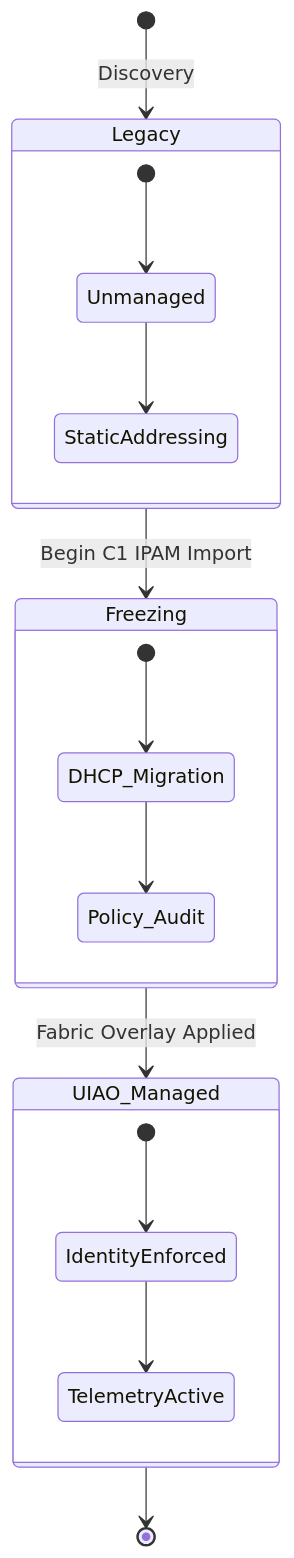
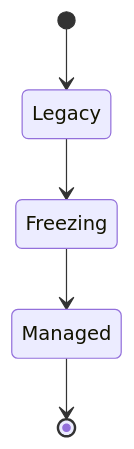
The sixth of 12 diagrams in diagram-review.md (WhalerMike/uiao), drawn with Mermaid before and after one commit. The commit also changed other lines of this file, not shown here.

Commit message:
Simplify all 12 Mermaid diagrams to vanilla syntax for GitHub compatibility

````diff
--- a/diagram-review.md
+++ b/diagram-review.md
@@ -142,19 +81,7 @@
 ```mermaid
 stateDiagram-v2
-  [*] --> Legacy: Discovery
-  state Legacy {
-    [*] --> Unmanaged
-    Unmanaged --> StaticAddressing
-  }
-  Legacy --> Freezing: Begin C1 IPAM Import
-  state Freezing {
-    [*] --> DHCP_Migration
-    DHCP_Migration --> Policy_Audit
-  }
-  Freezing --> UIAO_Managed: Fabric Overlay Applied
-  state UIAO_Managed {
-    [*] --> IdentityEnforced
-    IdentityEnforced --> TelemetryActive
-  }
-  UIAO_Managed --> [*]
+    [*] --> Legacy
+    Legacy --> Freezing
+    Freezing --> Managed
+    Managed --> [*]
 ```
````
